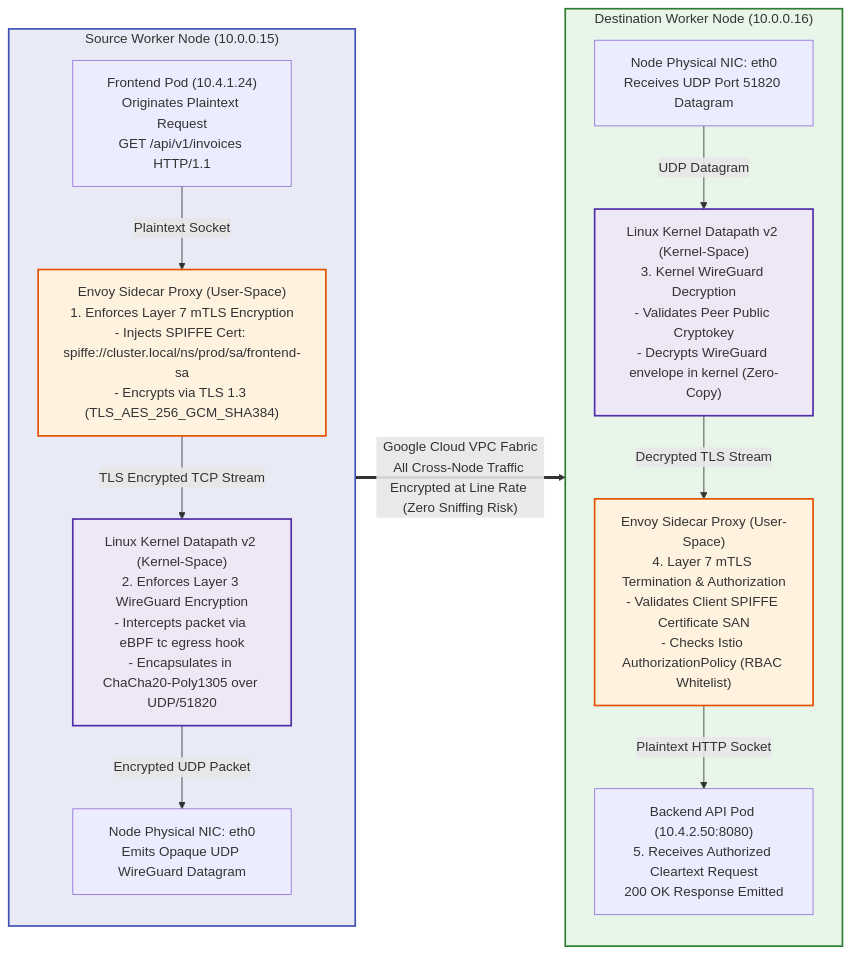
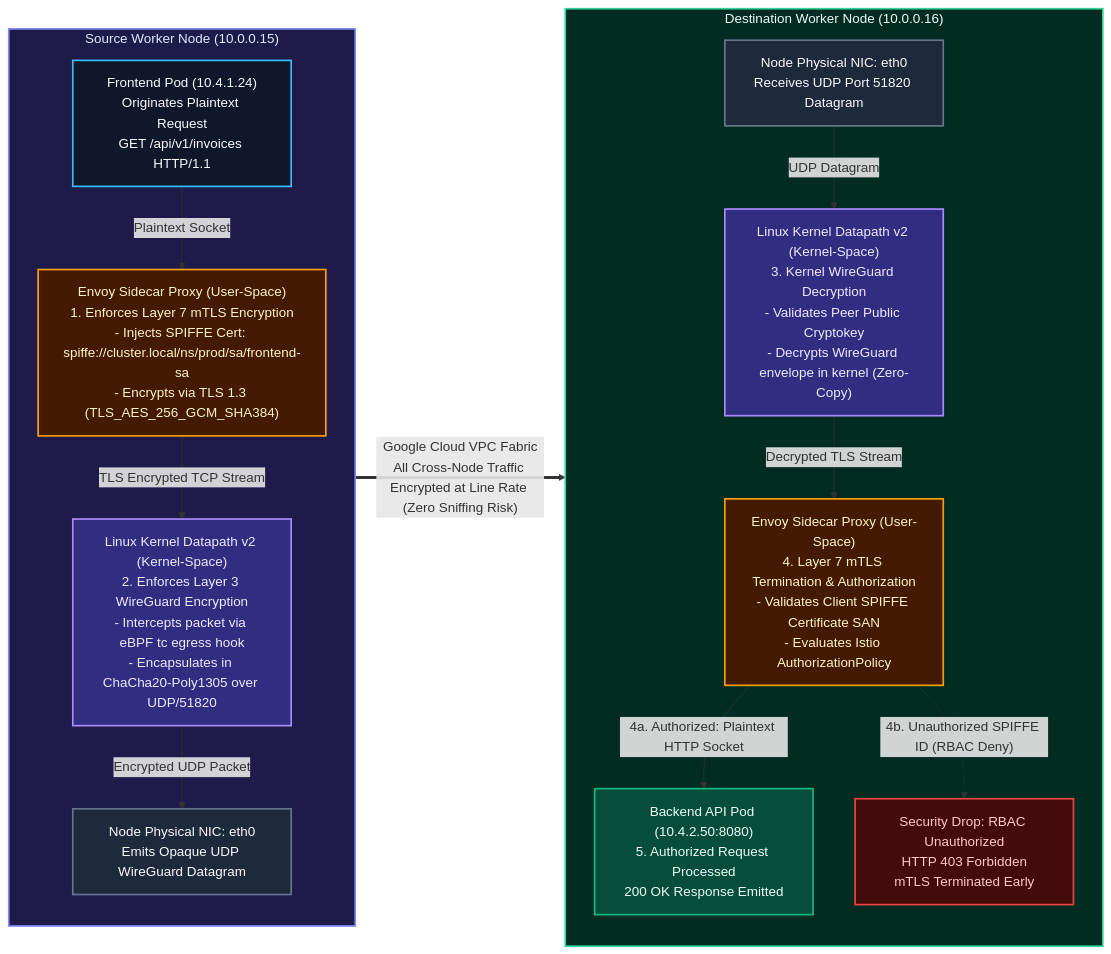
The ninth of 15 diagrams in kubernetes/networking-shell-command.md (Chief-Strategist-J/gcd), drawn with Mermaid before and after one commit. The commit also changed other lines of this file, not shown here.

Commit message:
fix(mermaid): resolve syntax parse errors and apply dark theme colors with clear error pathways

````diff
--- a/kubernetes/networking-shell-command.md
+++ b/kubernetes/networking-shell-command.md
@@ -1467,41 +1467,49 @@
 ```mermaid
 graph LR
     subgraph SrcNode["Source Worker Node (10.0.0.15)"]
         direction TB
         App1["Frontend Pod (10.4.1.24)<br/>Originates Plaintext Request<br/>GET /api/v1/invoices HTTP/1.1"]
         
         Envoy1["Envoy Sidecar Proxy (User-Space)<br/>1. Enforces Layer 7 mTLS Encryption<br/>- Injects SPIFFE Cert: spiffe://cluster.local/ns/prod/sa/frontend-sa<br/>- Encrypts via TLS 1.3 (TLS_AES_256_GCM_SHA384)"]
         
         Kernel1["Linux Kernel Datapath v2 (Kernel-Space)<br/>2. Enforces Layer 3 WireGuard Encryption<br/>- Intercepts packet via eBPF tc egress hook<br/>- Encapsulates in ChaCha20-Poly1305 over UDP/51820"]
         
         Eth0_1["Node Physical NIC: eth0<br/>Emits Opaque UDP WireGuard Datagram"]
 
         App1 -->|Plaintext Socket| Envoy1
         Envoy1 -->|TLS Encrypted TCP Stream| Kernel1
         Kernel1 -->|Encrypted UDP Packet| Eth0_1
     end
 
     Eth0_1 == "Google Cloud VPC Fabric<br/>All Cross-Node Traffic Encrypted at Line Rate (Zero Sniffing Risk)" ==> Eth0_2
 
     subgraph DstNode["Destination Worker Node (10.0.0.16)"]
         direction TB
         Eth0_2["Node Physical NIC: eth0<br/>Receives UDP Port 51820 Datagram"]
         
         Kernel2["Linux Kernel Datapath v2 (Kernel-Space)<br/>3. Kernel WireGuard Decryption<br/>- Validates Peer Public Cryptokey<br/>- Decrypts WireGuard envelope in kernel (Zero-Copy)"]
         
-        Envoy2["Envoy Sidecar Proxy (User-Space)<br/>4. Layer 7 mTLS Termination & Authorization<br/>- Validates Client SPIFFE Certificate SAN<br/>- Checks Istio AuthorizationPolicy (RBAC Whitelist)"]
+        Envoy2["Envoy Sidecar Proxy (User-Space)<br/>4. Layer 7 mTLS Termination & Authorization<br/>- Validates Client SPIFFE Certificate SAN<br/>- Evaluates Istio AuthorizationPolicy"]
         
-        App2["Backend API Pod (10.4.2.50:8080)<br/>5. Receives Authorized Cleartext Request<br/>200 OK Response Emitted"]
+        App2["Backend API Pod (10.4.2.50:8080)<br/>5. Authorized Request Processed<br/>200 OK Response Emitted"]
+        
+        DropUnauthorized["Security Drop: RBAC Unauthorized<br/>HTTP 403 Forbidden<br/>mTLS Terminated Early"]
 
         Eth0_2 -->|UDP Datagram| Kernel2
         Kernel2 -->|Decrypted TLS Stream| Envoy2
-        Envoy2 -->|Plaintext HTTP Socket| App2
+        Envoy2 -->|4a. Authorized: Plaintext HTTP Socket| App2
+        Envoy2 -.->|"4b. Unauthorized SPIFFE ID (RBAC Deny)"| DropUnauthorized
     end
 
-    style SrcNode fill:#e8eaf6,stroke:#3f51b5,stroke-width:2px
-    style DstNode fill:#e8f5e9,stroke:#2e7d32,stroke-width:2px
-    style Envoy1 fill:#fff3e0,stroke:#e65100,stroke-width:2px
-    style Envoy2 fill:#fff3e0,stroke:#e65100,stroke-width:2px
-    style Kernel1 fill:#ede7f6,stroke:#512da8,stroke-width:2px
-    style Kernel2 fill:#ede7f6,stroke:#512da8,stroke-width:2px
+    style SrcNode fill:#1e1b4b,stroke:#818cf8,stroke-width:2px,color:#e0e7ff
+    style DstNode fill:#022c22,stroke:#34d399,stroke-width:2px,color:#ecfdf5
+    style App1 fill:#0f172a,stroke:#38bdf8,stroke-width:2px,color:#f8fafc
+    style Envoy1 fill:#451a03,stroke:#f59e0b,stroke-width:2px,color:#fef3c7
+    style Kernel1 fill:#312e81,stroke:#a78bfa,stroke-width:2px,color:#ede9fe
+    style Eth0_1 fill:#1e293b,stroke:#64748b,stroke-width:2px,color:#f8fafc
+    style Eth0_2 fill:#1e293b,stroke:#64748b,stroke-width:2px,color:#f8fafc
+    style Kernel2 fill:#312e81,stroke:#a78bfa,stroke-width:2px,color:#ede9fe
+    style Envoy2 fill:#451a03,stroke:#f59e0b,stroke-width:2px,color:#fef3c7
+    style App2 fill:#064e3b,stroke:#10b981,stroke-width:2px,color:#ecfdf5
+    style DropUnauthorized fill:#450a0a,stroke:#ef4444,stroke-width:2px,color:#fecaca
 ```
````
